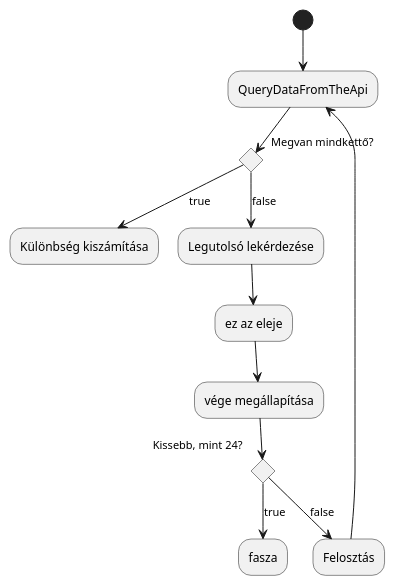
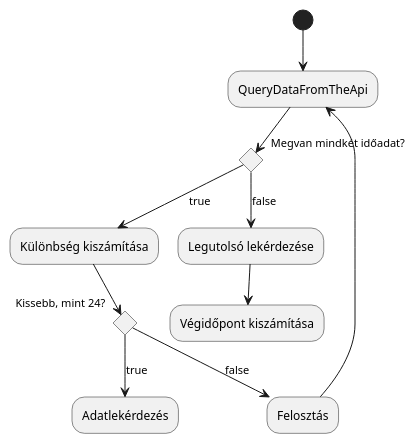
One commit to danield0ma/PowerPlantMap changed the diagram in PlantUML/GetData.plantuml. Above: the diagram before and after it, drawn with PlantUML. The commit also changed 6 other files, not shown here.

```diff
--- a/PlantUML/GetData.plantuml
+++ b/PlantUML/GetData.plantuml
@@ -1,21 +1,18 @@
 @startuml GetData
 
 (*) --> QueryDataFromTheApi
 
-if "Megvan mindkettő?" then
+if "Megvan mindkét időadat?" then
   -->[true]Különbség kiszámítása
-else
-  -->[false]Legutolsó lekérdezése
-  -->ez az eleje
-  -->vége megállapítása
-
-
-if "Kissebb, mint 24?" then
-    -->[true]fasza
+  if "Kissebb, mint 24?" then
+      -->[true]Adatlekérdezés
   else
     -->[false]Felosztás
     -->QueryDataFromTheApi
   endif
+else
+  -->[false]Legutolsó lekérdezése
+  -->Végidőpont kiszámítása
 endif
 
 @enduml
```
